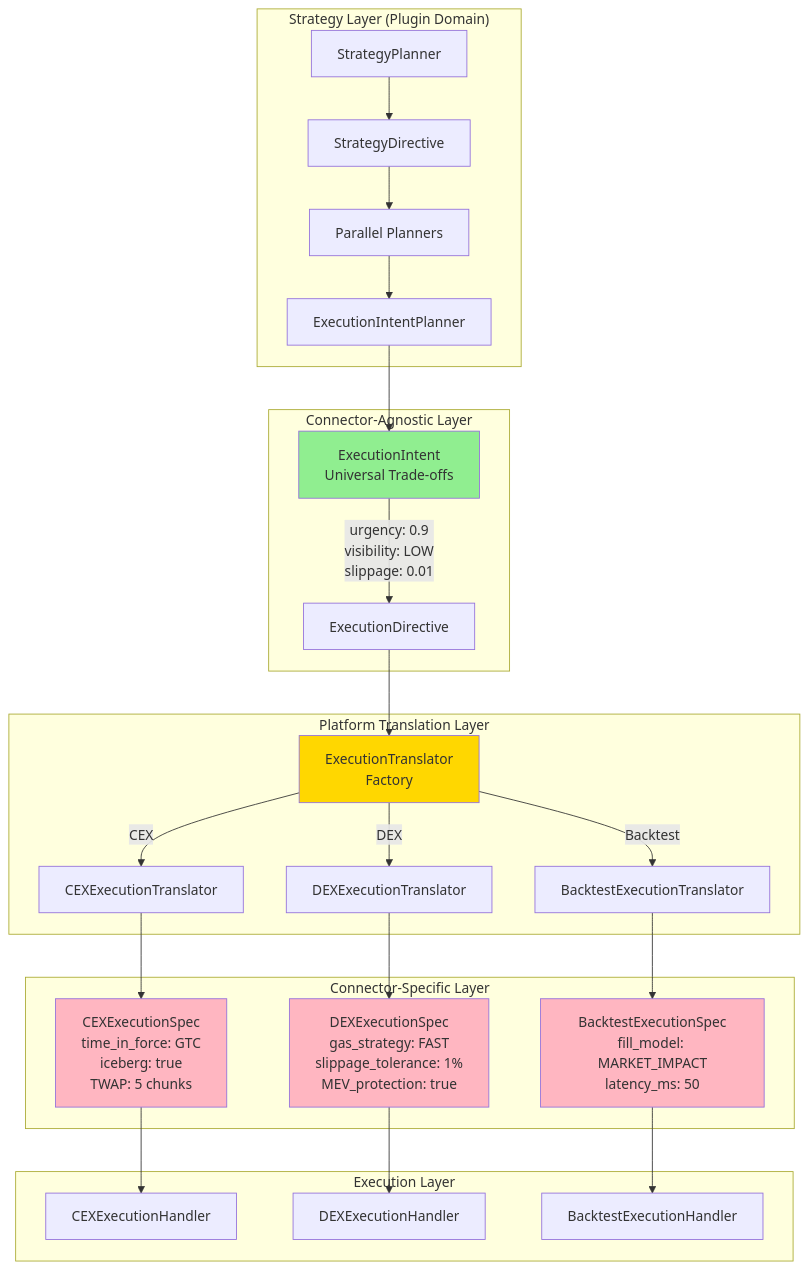
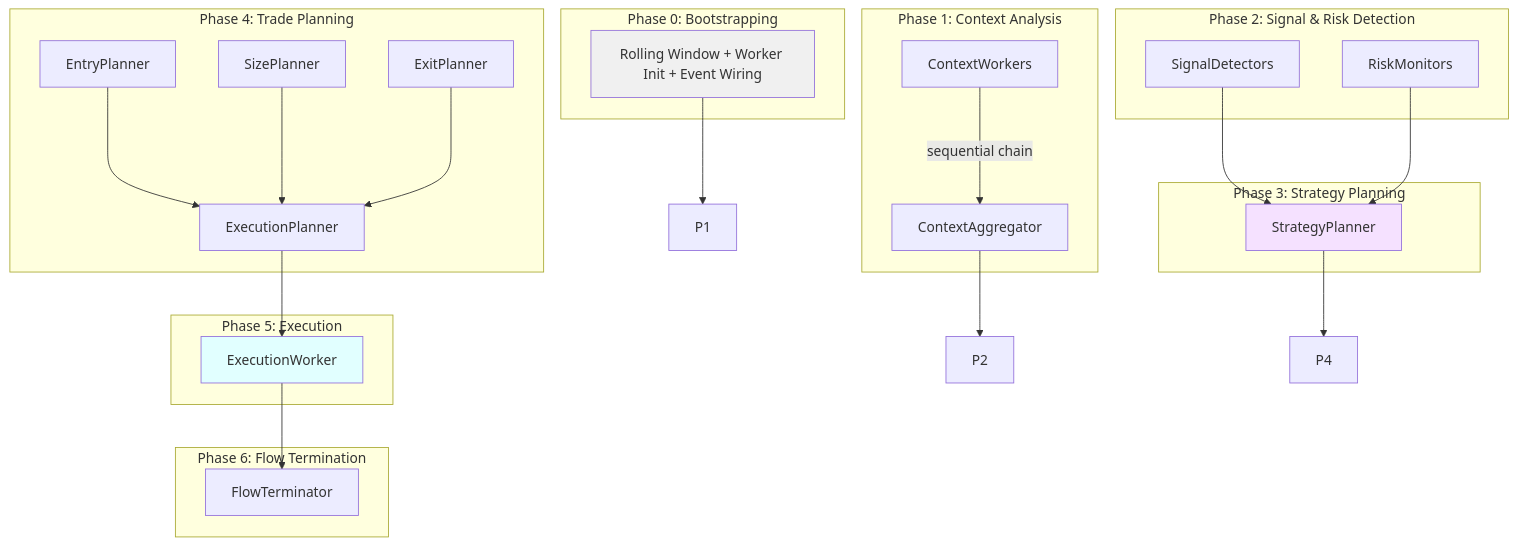
The first of 2 diagrams in docs/architecture/PIPELINE_FLOW.md (MikeyVK/S1mpleTraderV3), drawn with Mermaid before and after one commit. The commit also changed other lines of this file and 2 other files, not shown here.

First line of the commit message:
docs: complete PIPELINE_FLOW.md rewrite (1778→481 lines)

````diff
--- a/docs/architecture/PIPELINE_FLOW.md
+++ b/docs/architecture/PIPELINE_FLOW.md
@@ -506,38 +41,56 @@
 ```mermaid
 graph TB
-    subgraph "Strategy Layer (Plugin Domain)"
-        SP[StrategyPlanner] --> SD[StrategyDirective]
-        SD --> PP[Parallel Planners]
-        PP --> EIP[ExecutionIntentPlanner]
+    subgraph "Phase 0: Bootstrapping"
+        P0[Rolling Window + Worker Init + Event Wiring]
     end
     
-    subgraph "Connector-Agnostic Layer"
-        EIP --> EI[ExecutionIntent<br/>Universal Trade-offs]
-        EI --> |urgency: 0.9<br/>visibility: LOW<br/>slippage: 0.01| ED[ExecutionDirective]
+    P0 --> P1
+    
+    subgraph "Phase 1: Context Analysis"
+        P1a[ContextWorkers]
+        P1b[ContextAggregator]
+        P1a -->|sequential chain| P1b
     end
     
-    subgraph "Platform Translation Layer"
-        ED --> ET[ExecutionTranslator<br/>Factory]
-        ET --> |CEX| CEXT[CEXExecutionTranslator]
-        ET --> |DEX| DEXT[DEXExecutionTranslator]
-        ET --> |Backtest| BT[BacktestExecutionTranslator]
+    P1b --> P2
+    
+    subgraph "Phase 2: Signal & Risk Detection"
+        P2a[SignalDetectors]
+        P2b[RiskMonitors]
     end
     
-    subgraph "Connector-Specific Layer"
-        CEXT --> CEXS[CEXExecutionSpec<br/>time_in_force: GTC<br/>iceberg: true<br/>TWAP: 5 chunks]
-        DEXT --> DEXS[DEXExecutionSpec<br/>gas_strategy: FAST<br/>slippage_tolerance: 1%<br/>MEV_protection: true]
-        BT --> BTS[BacktestExecutionSpec<br/>fill_model: MARKET_IMPACT<br/>latency_ms: 50]
+    P2a --> P3
+    P2b --> P3
+    
+    subgraph "Phase 3: Strategy Planning"
+        P3[StrategyPlanner]
     end
     
-    subgraph "Execution Layer"
-        CEXS --> CEXH[CEXExecutionHandler]
-        DEXS --> DEXH[DEXExecutionHandler]
-        BTS --> BTH[BacktestExecutionHandler]
+    P3 --> P4
+    
+    subgraph "Phase 4: Trade Planning"
+        P4a[EntryPlanner]
+        P4b[SizePlanner]
+        P4c[ExitPlanner]
+        P4d[ExecutionPlanner]
+        P4a --> P4d
+        P4b --> P4d
+        P4c --> P4d
     end
     
-    style EI fill:#90EE90
-    style ET fill:#FFD700
-    style CEXS fill:#FFB6C1
-    style DEXS fill:#FFB6C1
-    style BTS fill:#FFB6C1
+    P4d --> P5
+    
+    subgraph "Phase 5: Execution"
+        P5[ExecutionWorker]
+    end
+    
+    P5 --> P6
+    
+    subgraph "Phase 6: Flow Termination"
+        P6[FlowTerminator]
+    end
+    
+    style P0 fill:#f0f0f0
+    style P3 fill:#f5e1ff
+    style P5 fill:#e1ffff
 ```
````
